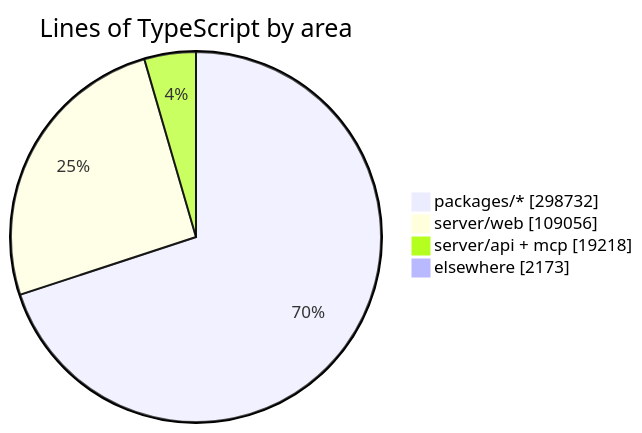
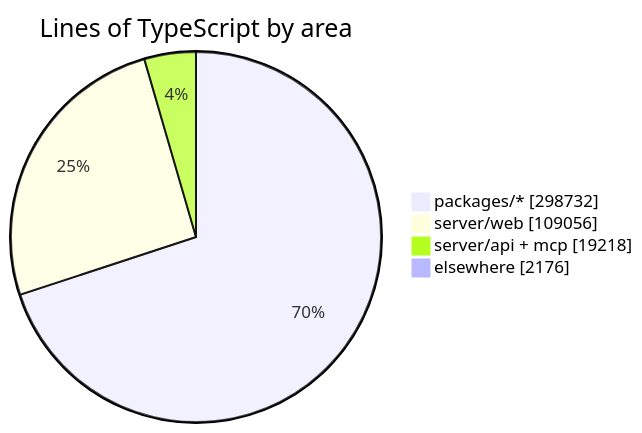
One commit to crossworks-engineering/mantle changed the diagram in README.md. Above: the diagram before and after it, drawn with Mermaid. The commit also changed other lines of this file and 2 other files, not shown here.

````diff
--- a/README.md
+++ b/README.md
@@ -294,7 +294,7 @@
 ```mermaid
 pie showData title Lines of TypeScript by area
     "packages/*" : 298732
     "server/web" : 109056
     "server/api + mcp" : 19218
-    "elsewhere" : 2173
+    "elsewhere" : 2176
 ```
````
